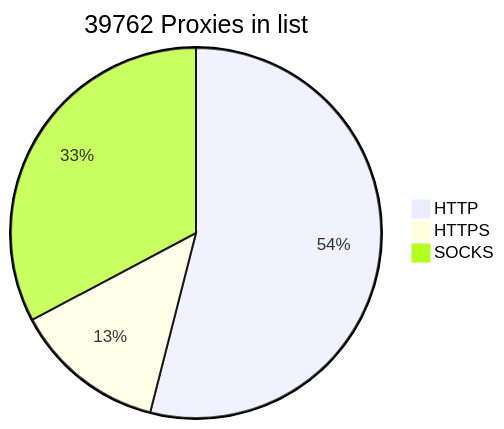
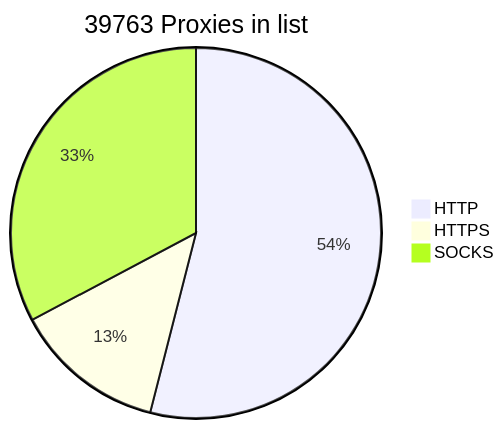
The diagram in README.md (BlackSnowDot/proxylist-update-every-minute), drawn with Mermaid before and after one commit.

````diff
--- a/README.md
+++ b/README.md
@@ -2,6 +2,6 @@
 ```mermaid
-pie title 39762 Proxies in list
+pie title 39763 Proxies in list
     "HTTP" : 23841
-    "HTTPS": 5857
+    "HTTPS": 5858
     "SOCKS" : 14469
 ```
````
